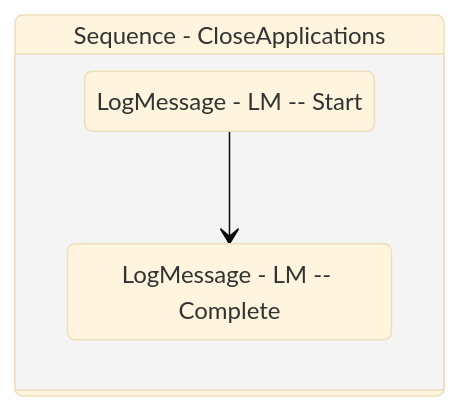
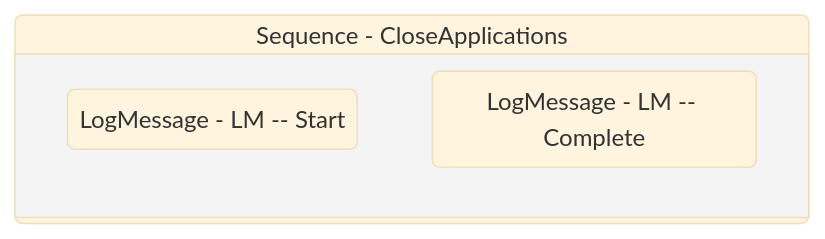
One commit to yashbrahmbhatt/LazyFramework changed the diagram in Documentation/.templates/Performers/Basic/Framework/CloseApplications.md. Above: the diagram before and after it, drawn with Mermaid (base theme). The commit also changed 72 other files, not shown here.

````diff
--- a/Documentation/.templates/Performers/Basic/Framework/CloseApplications.md
+++ b/Documentation/.templates/Performers/Basic/Framework/CloseApplications.md
@@ -103,12 +103,11 @@
 ```mermaid
 stateDiagram-v2
 
 
 Sequence_1: Sequence - CloseApplications
 state Sequence_1 {
 direction TB
 LogMessage_1 : LogMessage - LM -- Start
 LogMessage_2 : LogMessage - LM -- Complete
-LogMessage_1 --> LogMessage_2
 }
 ```
````
